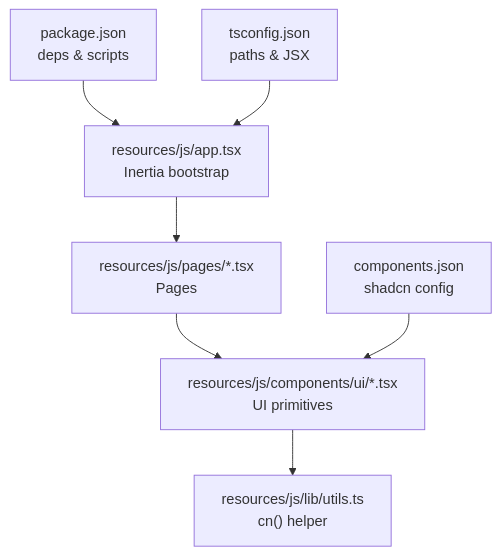
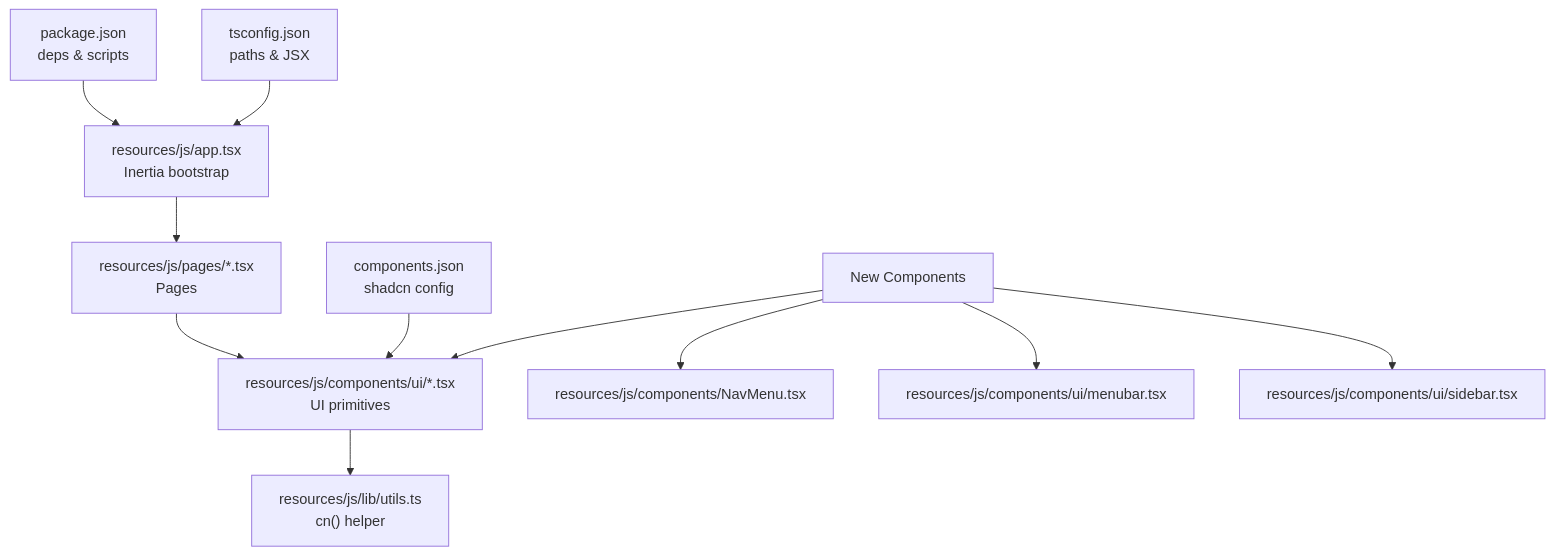
One commit to vincet0t15/template changed the first of 12 diagrams in .qoder/repowiki/en/content/Frontend Components & UI/Frontend Components & UI.md. Above: the diagram before and after it, drawn with Mermaid. The commit also changed other lines of this file and 7 other files, not shown here.

````diff
--- a/.qoder/repowiki/en/content/Frontend Components & UI/Frontend Components & UI.md
+++ b/.qoder/repowiki/en/content/Frontend Components & UI/Frontend Components & UI.md
@@ -39,9 +57,13 @@
 ```mermaid
 graph TB
 A["resources/js/app.tsx<br/>Inertia bootstrap"] --> B["resources/js/pages/*.tsx<br/>Pages"]
 B --> C["resources/js/components/ui/*.tsx<br/>UI primitives"]
 C --> D["resources/js/lib/utils.ts<br/>cn() helper"]
 E["components.json<br/>shadcn config"] --> C
 F["package.json<br/>deps & scripts"] --> A
 G["tsconfig.json<br/>paths & JSX"] --> A
+H["New Components"] --> C
+H --> I["resources/js/components/NavMenu.tsx"]
+H --> J["resources/js/components/ui/menubar.tsx"]
+H --> K["resources/js/components/ui/sidebar.tsx"]
 ```
````
